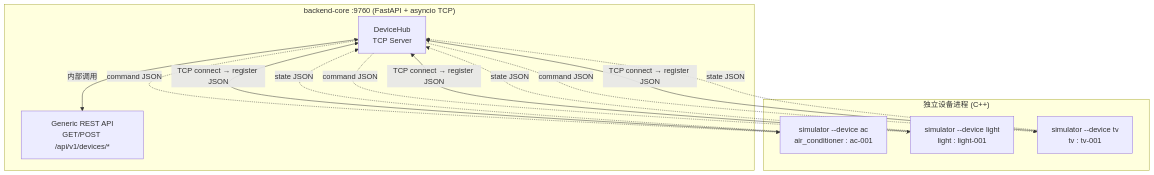
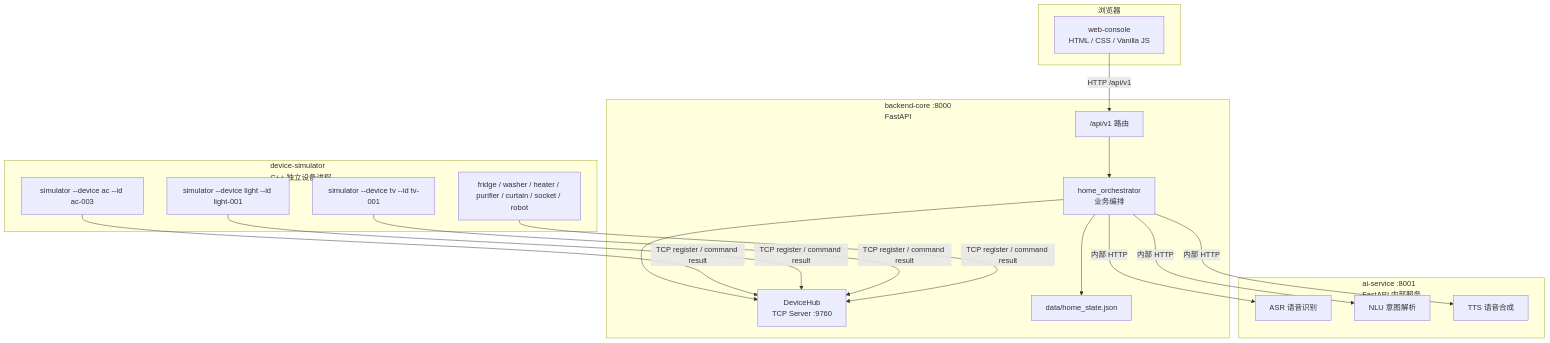
One commit to DarksideWanderer/Software-Project changed the first of 3 diagrams in smart-home-system/ARCHITECTURE.md. Above: the diagram before and after it, drawn with Mermaid. The commit also changed other lines of this file and 12 other files, not shown here.

````diff
--- a/smart-home-system/ARCHITECTURE.md
+++ b/smart-home-system/ARCHITECTURE.md
@@ -44,24 +7,38 @@
 ```mermaid
 flowchart TB
-    subgraph Backend["backend-core :9760 (FastAPI + asyncio TCP)"]
-        hub["DeviceHub<br/>TCP Server"]
-        api["Generic REST API<br/>GET/POST /api/v1/devices/*"]
-        hub <-->|"内部调用"| api
+    subgraph Browser["浏览器"]
+        Web["web-console<br/>HTML / CSS / Vanilla JS"]
     end
 
-    subgraph Devices["独立设备进程 (C++)"]
-        ac["simulator --device ac<br/>air_conditioner : ac-001"]
-        light["simulator --device light<br/>light : light-001"]
-        tv["simulator --device tv<br/>tv : tv-001"]
+    subgraph Backend["backend-core :8000<br/>FastAPI"]
+        API["/api/v1 路由"]
+        Orchestrator["home_orchestrator<br/>业务编排"]
+        Hub["DeviceHub<br/>TCP Server :9760"]
+        State["data/home_state.json"]
+        API --> Orchestrator
+        Orchestrator --> Hub
+        Orchestrator --> State
     end
 
-    ac -->|"TCP connect → register JSON"| hub
-    light -->|"TCP connect → register JSON"| hub
-    tv -->|"TCP connect → register JSON"| hub
-    hub -.->|"command JSON"| ac
-    hub -.->|"command JSON"| light
-    hub -.->|"command JSON"| tv
-    ac -.->|"state JSON"| hub
-    light -.->|"state JSON"| hub
-    tv -.->|"state JSON"| hub
+    subgraph AI["ai-service :8001<br/>FastAPI 内部服务"]
+        ASR["ASR 语音识别"]
+        NLU["NLU 意图解析"]
+        TTS["TTS 语音合成"]
+    end
+
+    subgraph Simulators["device-simulator<br/>C++ 独立设备进程"]
+        AC["simulator --device ac --id ac-003"]
+        Light["simulator --device light --id light-001"]
+        TV["simulator --device tv --id tv-001"]
+        Generic["fridge / washer / heater / purifier / curtain / socket / robot"]
+    end
+
+    Web -->|"HTTP /api/v1"| API
+    Orchestrator -->|"内部 HTTP"| ASR
+    Orchestrator -->|"内部 HTTP"| NLU
+    Orchestrator -->|"内部 HTTP"| TTS
+    AC -->|"TCP register / command result"| Hub
+    Light -->|"TCP register / command result"| Hub
+    TV -->|"TCP register / command result"| Hub
+    Generic -->|"TCP register / command result"| Hub
 ```
````
